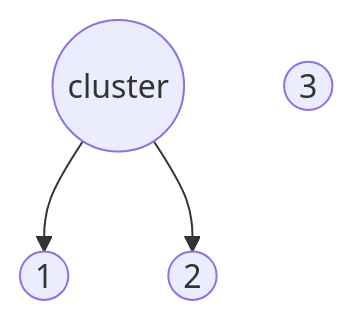
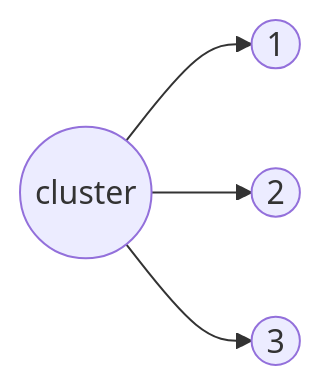
One commit to will-langdale/matchbox changed the fifth of 5 diagrams in docs/server/concepts.md. Above: the diagram before and after it, drawn with Mermaid. The commit also changed other lines of this file and 7 other files, not shown here.

````diff
--- a/docs/server/concepts.md
+++ b/docs/server/concepts.md
@@ -128,9 +148,10 @@
 ```mermaid
-graph TD
+graph LR
     0((cluster))
     1((1))
     2((2))
     3((3))
     0 --> 1
     0 --> 2
+    0 --> 3
 ```
````
